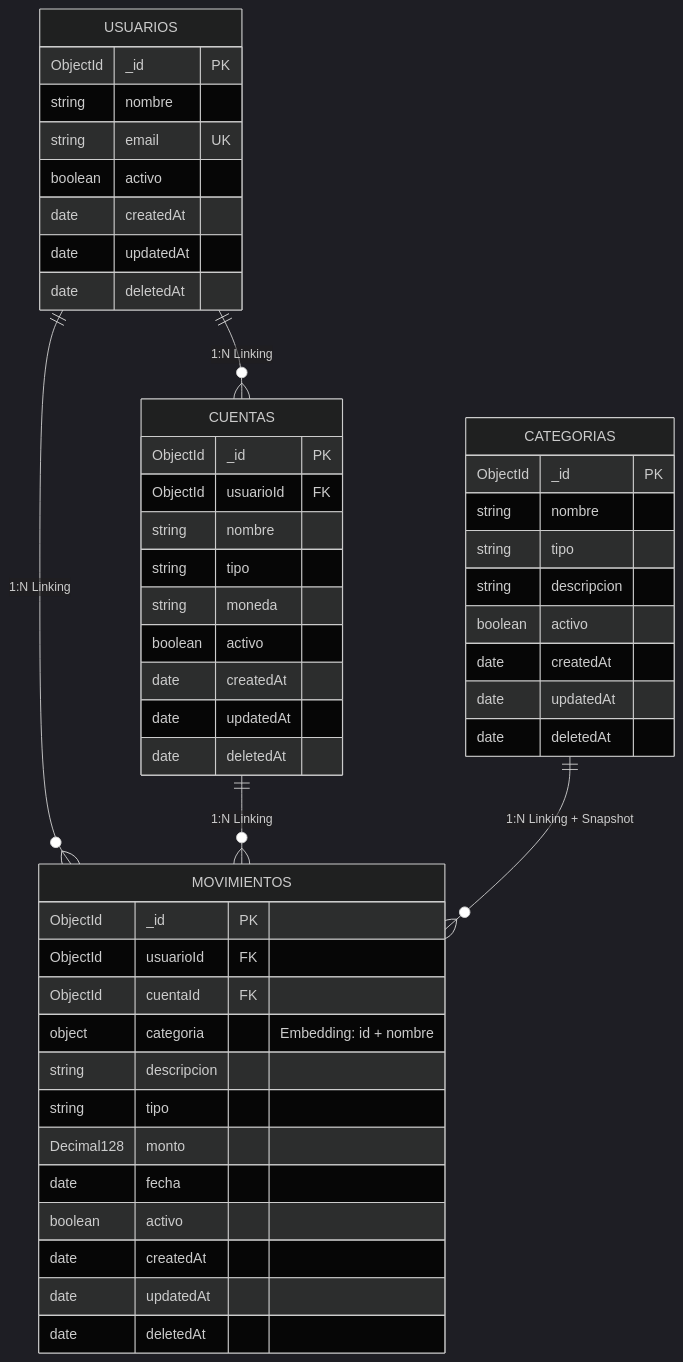
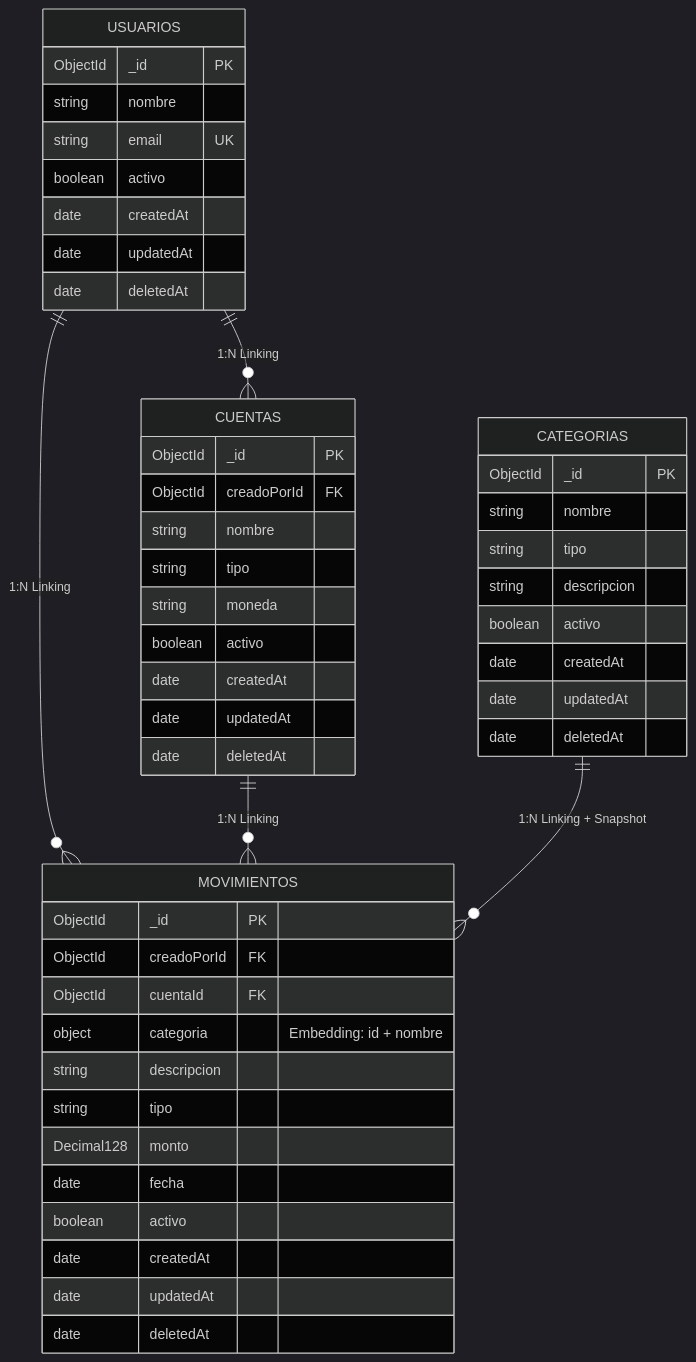
The diagram in docs/modelo/modelo/modelo-datos.md (guillecampoy/tpi-finanzas-hogarenas), drawn with Mermaid (dark theme) before and after one commit. The commit also changed other lines of this file, not shown here.

Commit message:
Se ajusta comentario

````diff
--- a/docs/modelo/modelo/modelo-datos.md
+++ b/docs/modelo/modelo/modelo-datos.md
@@ -5,58 +5,58 @@
 ```mermaid
 erDiagram
     %% Relaciones mediante Linking
     USUARIOS ||--o{ CUENTAS : "1:N Linking"
     USUARIOS ||--o{ MOVIMIENTOS : "1:N Linking"
     CUENTAS ||--o{ MOVIMIENTOS : "1:N Linking"
 
     %% Linking + Snapshot embebido
     CATEGORIAS ||--o{ MOVIMIENTOS : "1:N Linking + Snapshot"
 
     USUARIOS {
         ObjectId _id PK
         string nombre
         string email UK
         boolean activo
         date createdAt
         date updatedAt
         date deletedAt
     }
 
     CUENTAS {
         ObjectId _id PK
-        ObjectId usuarioId FK
+        ObjectId creadoPorId FK
         string nombre
         string tipo
         string moneda
         boolean activo
         date createdAt
         date updatedAt
         date deletedAt
     }
 
     CATEGORIAS {
         ObjectId _id PK
         string nombre
         string tipo
         string descripcion
         boolean activo
         date createdAt
         date updatedAt
         date deletedAt
     }
 
     MOVIMIENTOS {
         ObjectId _id PK
-        ObjectId usuarioId FK
+        ObjectId creadoPorId FK
         ObjectId cuentaId FK
         object categoria "Embedding: id + nombre"
         string descripcion
         string tipo
         Decimal128 monto
         date fecha
         boolean activo
         date createdAt
         date updatedAt
         date deletedAt
     }
 ```
````
